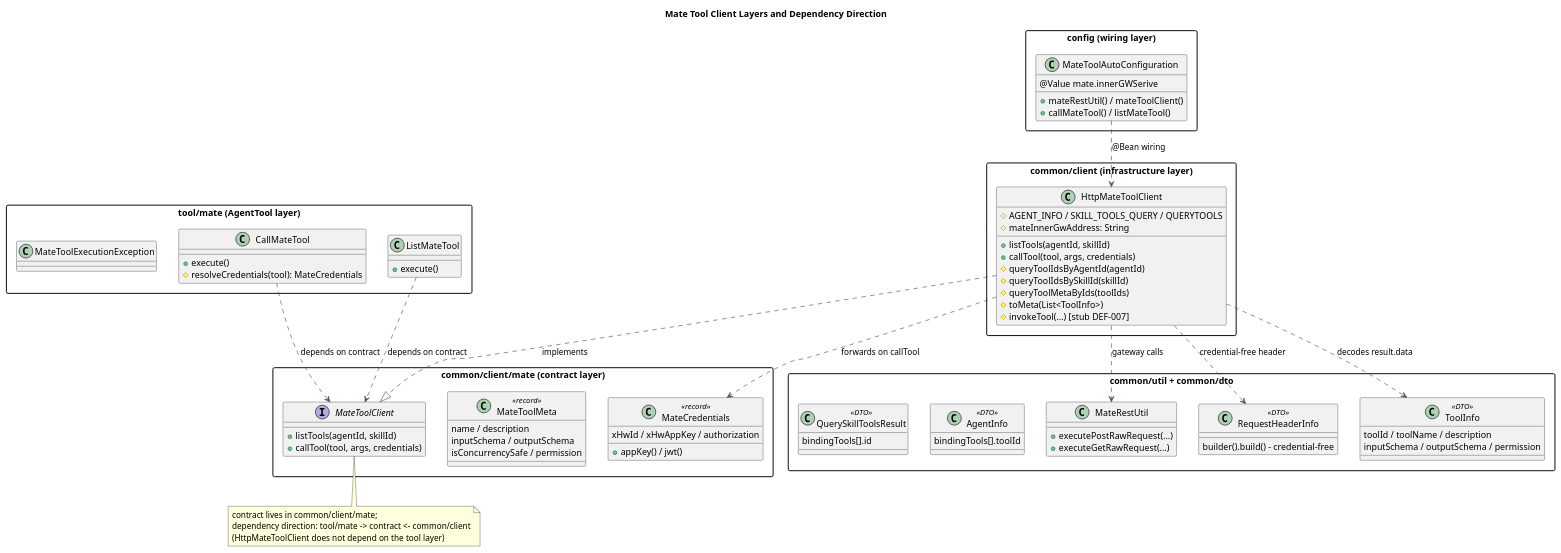
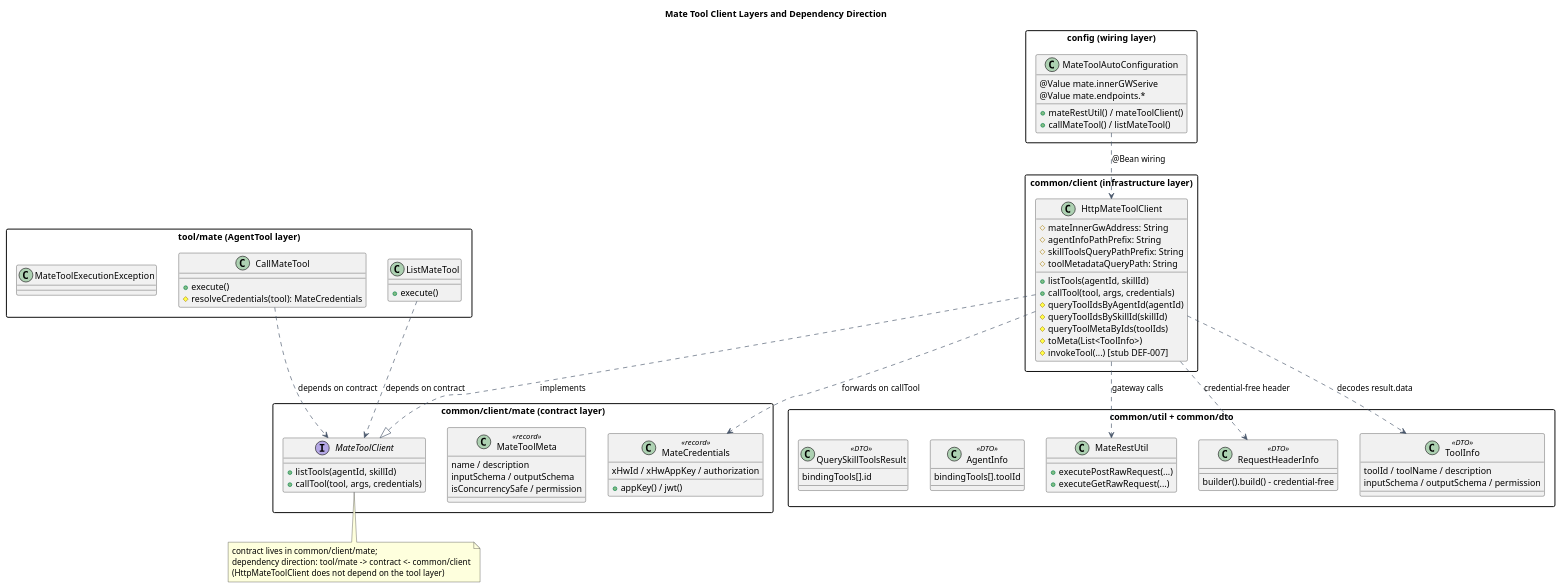
Before and after one commit to 2862282695gjh-afk/pi-mono-java: the first of 2 diagrams in docs/designs/mate-tool-client/diagram.puml, drawn with PlantUML. The commit also changed other lines of this file and 32 other files, not shown here.

```diff
--- a/docs/designs/mate-tool-client/diagram.puml
+++ b/docs/designs/mate-tool-client/diagram.puml
@@ -1,116 +1,121 @@
 @startuml mate_tool_client_layers
 ' Source evidence:
 ' - modules/coding-agent-cli/src/main/java/com/campusclaw/codingagent/tool/mate/:
 '   CallMateTool (resolveCredentials hook, MateToolExecutionException),
 '   ListMateTool (agent/skill passthrough)
 ' - modules/coding-agent-cli/src/main/java/com/campusclaw/codingagent/common/client/mate/:
 '   MateToolClient (listTools/callTool contract), MateToolMeta, MateCredentials
 ' - modules/coding-agent-cli/src/main/java/com/campusclaw/codingagent/common/client/:
 '   HttpMateToolClient (two-step listTools wiring, invokeTool stub DEF-007)
 ' - modules/coding-agent-cli/src/main/java/com/campusclaw/codingagent/common/util/:
 '   MateRestUtil (executePostRawRequest / executeGetRawRequest)
 ' - modules/coding-agent-cli/src/main/java/com/campusclaw/codingagent/common/dto/:
-'   RequestHeaderInfo (credential-free builder), ToolInfo (QUERYTOOLS result.data),
+'   RequestHeaderInfo (credential-free builder), ToolInfo (tool metadata result.data),
 '   AgentInfo (bindingTools[].toolId), QuerySkillToolsResult/SkillBindingTool
 '   (bindingTools[].id)
 ' - modules/coding-agent-cli/src/main/java/com/campusclaw/codingagent/config/:
-'   MateToolAutoConfiguration (@Value mate.innerGWSerive), MateToolProperties
-' Source baseline: superheromeZzh/pi-mono-java PR #144 head (branch refactor/mate-tool-properties-lombok)
+'   MateToolAutoConfiguration (@Value gateway and endpoint paths), MateToolProperties
+' Source baseline: superheromeZzh/pi-mono-java commit 1e9d4ee2e14717764f8403c20375c55512cbd97b
 ' Observed behavior: both AgentTools are stateless Spring singletons; listTools
 ' resolves bound tool IDs from agent/skill metadata (GET) then calls
-' QUERYTOOLS credential-free; callTool forwards agent-handed-down
+' the tool metadata endpoint credential-free; callTool forwards agent-handed-down
 ' credentials; the invoke RPC is still a DEF-007 stub.
-' Design reason: process-wide singleton lifetime forbids per-session state on
-' instances; permission (allow/ask/deny) enforcement stays on the Mate server.
+' Architecture change: outbound endpoint paths are deployment configuration
+' injected with @Value; stable inbound API contract paths remain constants.
+' Design reason: process-wide singleton lifetime forbids per-session state;
+' permission (allow/ask/deny) enforcement stays on the Mate server.
 
 skinparam backgroundColor white
 skinparam shadowing false
 skinparam packageStyle rectangle
 skinparam ArrowColor #475569
 
 title Mate Tool Client Layers and Dependency Direction
 
 package "tool/mate (AgentTool layer)" {
   class CallMateTool {
     + execute()
     # resolveCredentials(tool): MateCredentials
   }
   class ListMateTool {
     + execute()
   }
   class MateToolExecutionException
 }
 
 package "common/client (infrastructure layer)" {
   class HttpMateToolClient {
-    # AGENT_INFO / SKILL_TOOLS_QUERY / QUERYTOOLS
     # mateInnerGwAddress: String
+    # agentInfoPathPrefix: String
+    # skillToolsQueryPathPrefix: String
+    # toolMetadataQueryPath: String
     + listTools(agentId, skillId)
     + callTool(tool, args, credentials)
     # queryToolIdsByAgentId(agentId)
     # queryToolIdsBySkillId(skillId)
     # queryToolMetaByIds(toolIds)
     # toMeta(List<ToolInfo>)
     # invokeTool(...) [stub DEF-007]
   }
 }
 
 package "common/client/mate (contract layer)" {
   interface MateToolClient {
     + listTools(agentId, skillId)
     + callTool(tool, args, credentials)
   }
   class MateToolMeta <<record>> {
     name / description
     inputSchema / outputSchema
     isConcurrencySafe / permission
   }
   class MateCredentials <<record>> {
     xHwId / xHwAppKey / authorization
     + appKey() / jwt()
   }
 }
 
 package "common/util + common/dto" {
   class MateRestUtil {
     + executePostRawRequest(...)
     + executeGetRawRequest(...)
   }
   class RequestHeaderInfo <<DTO>> {
     builder().build() - credential-free
   }
   class ToolInfo <<DTO>> {
     toolId / toolName / description
     inputSchema / outputSchema / permission
   }
   class AgentInfo <<DTO>> {
     bindingTools[].toolId
   }
   class QuerySkillToolsResult <<DTO>> {
     bindingTools[].id
   }
 }
 
 package "config (wiring layer)" {
   class MateToolAutoConfiguration {
     @Value mate.innerGWSerive
+    @Value mate.endpoints.*
     + mateRestUtil() / mateToolClient()
     + callMateTool() / listMateTool()
   }
 }
 
 CallMateTool ..> MateToolClient : depends on contract
 ListMateTool ..> MateToolClient : depends on contract
 HttpMateToolClient ..|> MateToolClient : implements
 HttpMateToolClient ..> MateRestUtil : gateway calls
 HttpMateToolClient ..> RequestHeaderInfo : credential-free header
 HttpMateToolClient ..> ToolInfo : decodes result.data
 HttpMateToolClient ..> MateCredentials : forwards on callTool
 MateToolAutoConfiguration ..> HttpMateToolClient : @Bean wiring
 
 note bottom of MateToolClient
   contract lives in common/client/mate;
   dependency direction: tool/mate -> contract <- common/client
   (HttpMateToolClient does not depend on the tool layer)
 end note
 @enduml
```
